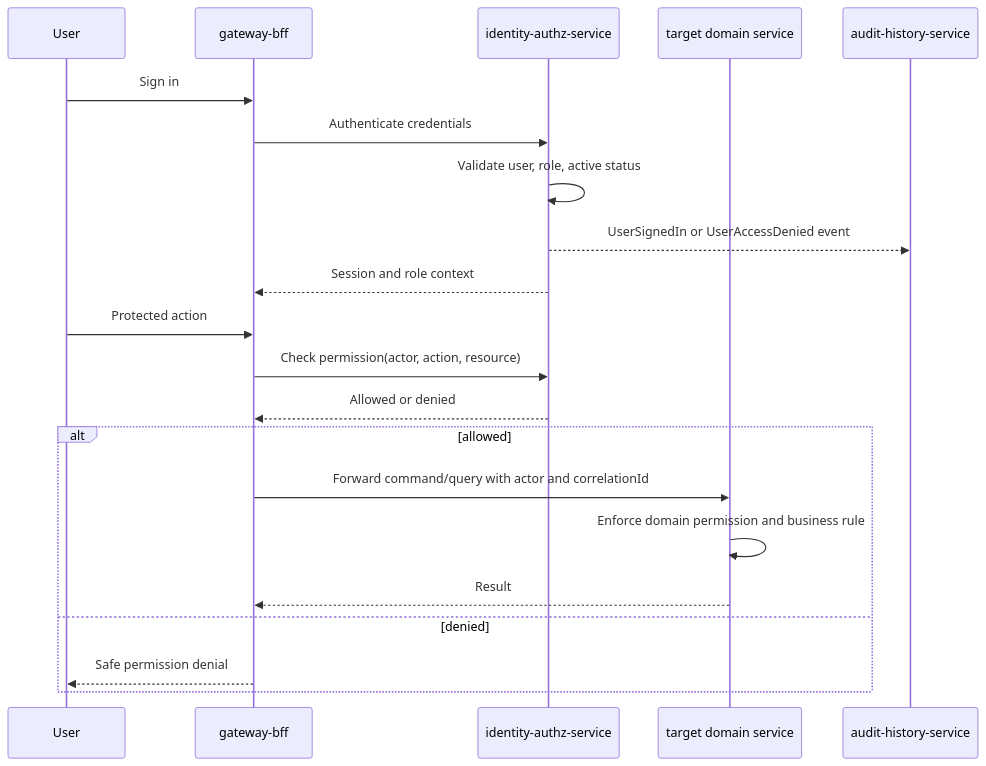
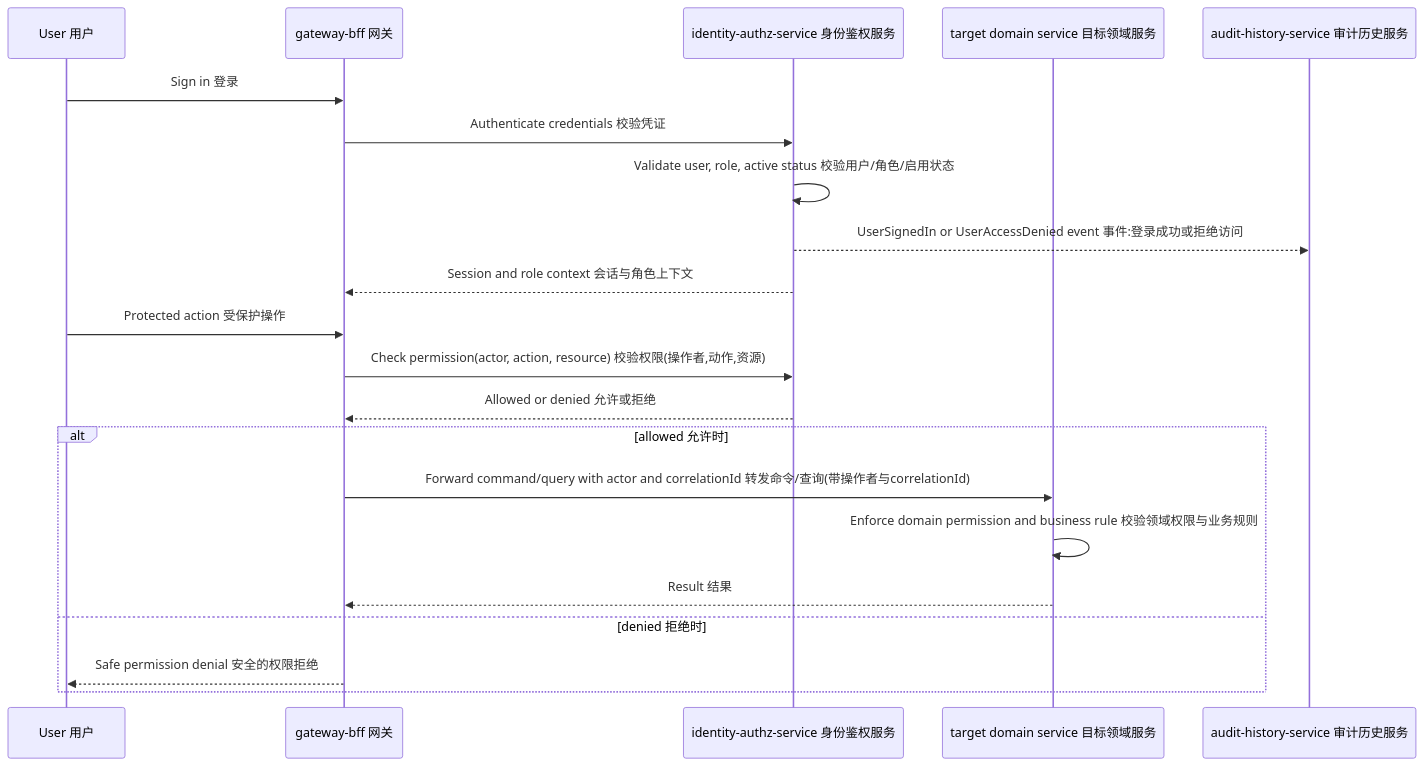
One commit to Neil996777/crm-system changed the third of 14 diagrams in docs/architecture/architecture.md. Above: the diagram before and after it, drawn with Mermaid. The commit also changed other lines of this file and 33 other files, not shown here.

````diff
--- a/docs/architecture/architecture.md
+++ b/docs/architecture/architecture.md
@@ -216,24 +216,24 @@
 ```mermaid
 sequenceDiagram
-  participant U as User
-  participant G as gateway-bff
-  participant A as identity-authz-service
-  participant T as target domain service
-  participant H as audit-history-service
+  participant U as User 用户
+  participant G as gateway-bff 网关
+  participant A as identity-authz-service 身份鉴权服务
+  participant T as target domain service 目标领域服务
+  participant H as audit-history-service 审计历史服务
 
-  U->>G: Sign in
-  G->>A: Authenticate credentials
-  A->>A: Validate user, role, active status
-  A-->>H: UserSignedIn or UserAccessDenied event
-  A-->>G: Session and role context
-  U->>G: Protected action
-  G->>A: Check permission(actor, action, resource)
-  A-->>G: Allowed or denied
-  alt allowed
-    G->>T: Forward command/query with actor and correlationId
-    T->>T: Enforce domain permission and business rule
-    T-->>G: Result
-  else denied
-    G-->>U: Safe permission denial
+  U->>G: Sign in 登录
+  G->>A: Authenticate credentials 校验凭证
+  A->>A: Validate user, role, active status 校验用户/角色/启用状态
+  A-->>H: UserSignedIn or UserAccessDenied event 事件:登录成功或拒绝访问
+  A-->>G: Session and role context 会话与角色上下文
+  U->>G: Protected action 受保护操作
+  G->>A: Check permission(actor, action, resource) 校验权限(操作者,动作,资源)
+  A-->>G: Allowed or denied 允许或拒绝
+  alt allowed 允许时
+    G->>T: Forward command/query with actor and correlationId 转发命令/查询(带操作者与correlationId)
+    T->>T: Enforce domain permission and business rule 校验领域权限与业务规则
+    T-->>G: Result 结果
+  else denied 拒绝时
+    G-->>U: Safe permission denial 安全的权限拒绝
   end
 ```
````
